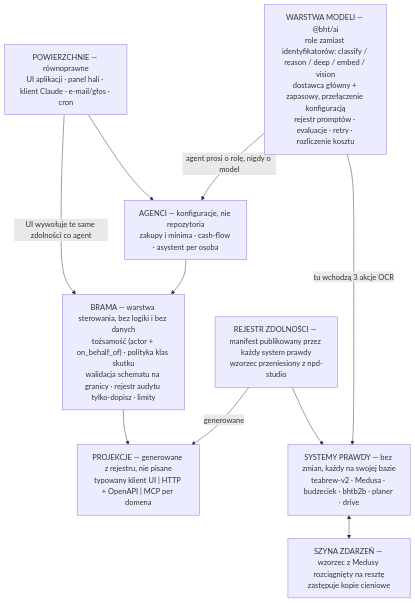
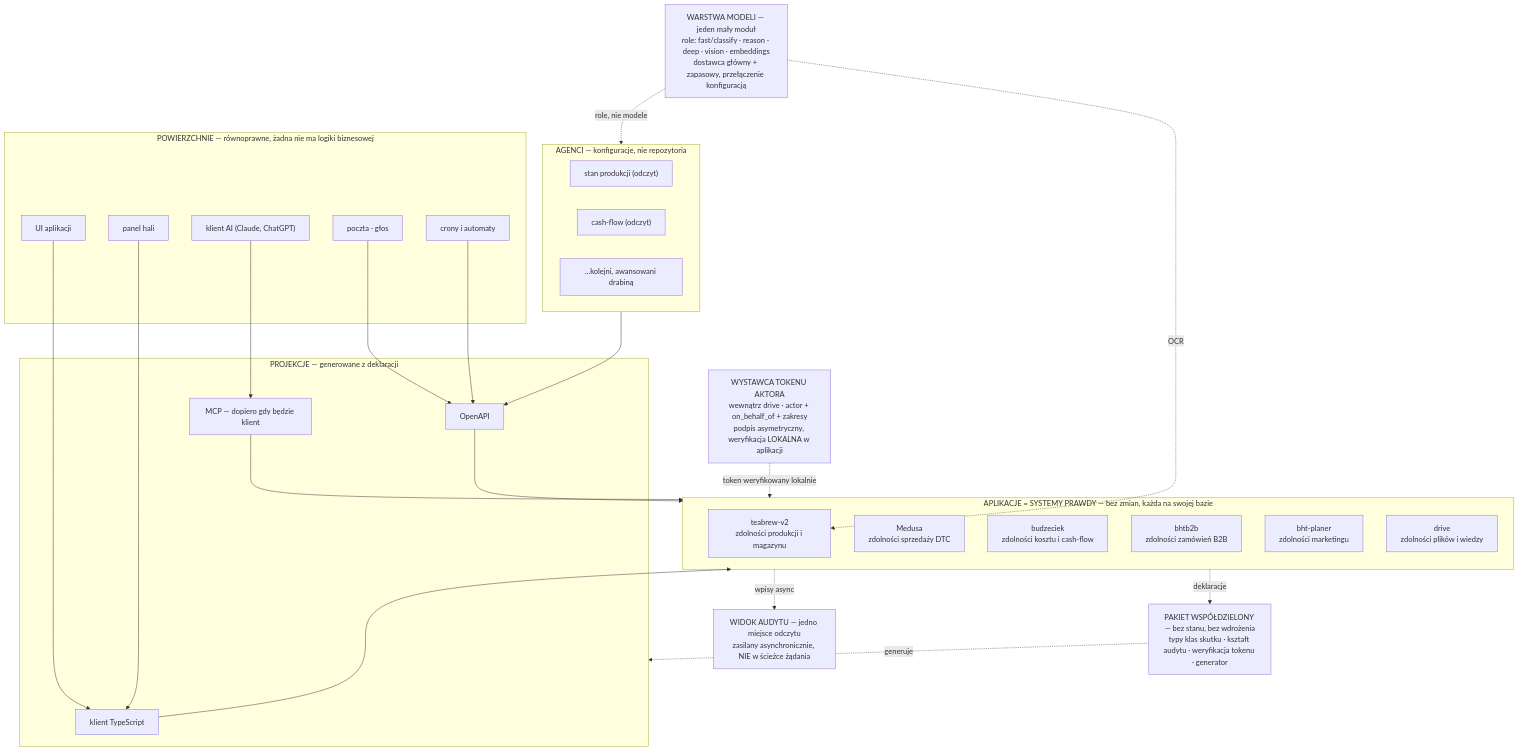
One commit to bhtea-debug/nudge-chat changed the fourth of 4 diagrams in docs/ARCHITEKTURA-AI-2026.md. Above: the diagram before and after it, drawn with Mermaid. The commit also changed other lines of this file, not shown here.

````diff
--- a/docs/ARCHITEKTURA-AI-2026.md
+++ b/docs/ARCHITEKTURA-AI-2026.md
@@ -303,21 +446,53 @@
 ```mermaid
 graph TB
-    S["POWIERZCHNIE — równoprawne<br/>UI aplikacji · panel hali · klient Claude · e-mail/głos · cron"]
-    AG["AGENCI — konfiguracje, nie repozytoria<br/>zakupy i minima · cash-flow · asystent per osoba"]
-    GW["BRAMA — warstwa sterowania, bez logiki i bez danych<br/>tożsamość (actor + on_behalf_of) · polityka klas skutku<br/>walidacja schematu na granicy · rejestr audytu tylko-dopisz · limity"]
-    PR["PROJEKCJE — generowane z rejestru, nie pisane<br/>typowany klient UI | HTTP + OpenAPI | MCP per domena"]
-    REG["REJESTR ZDOLNOŚCI — manifest publikowany przez każdy system prawdy<br/>wzorzec przeniesiony z npd-studio"]
-    SOR["SYSTEMY PRAWDY — bez zmian, każdy na swojej bazie<br/>teabrew-v2 · Medusa · budzeciek · bhtb2b · planer · drive"]
-    BUS["SZYNA ZDARZEŃ — wzorzec z Medusy rozciągnięty na resztę<br/>zastępuje kopie cieniowe"]
-    AI["WARSTWA MODELI — @bht/ai<br/>role zamiast identyfikatorów: classify / reason / deep / embed / vision<br/>dostawca główny + zapasowy, przełączenie konfiguracją<br/>rejestr promptów · evaluacje · retry · rozliczenie kosztu"]
+    subgraph pow["POWIERZCHNIE — równoprawne, żadna nie ma logiki biznesowej"]
+        UI["UI aplikacji"]
+        HALA["panel hali"]
+        CLI["klient AI (Claude, ChatGPT)"]
+        MAILS["poczta · głos"]
+        CRON["crony i automaty"]
+    end
 
-    S --> AG
-    S -->|"UI wywołuje te same zdolności co agent"| GW
-    AG --> GW
-    GW --> PR
-    REG -->|generowane| PR
-    REG --> SOR
-    SOR <--> BUS
-    AI -->|"agent prosi o rolę, nigdy o model"| AG
-    AI -->|"tu wchodzą 3 akcje OCR"| SOR
+    subgraph agenci["AGENCI — konfiguracje, nie repozytoria"]
+        A1["stan produkcji (odczyt)"]
+        A2["cash-flow (odczyt)"]
+        A3["…kolejni, awansowani drabiną"]
+    end
+
+    GEN["PAKIET WSPÓŁDZIELONY — bez stanu, bez wdrożenia<br/>typy klas skutku · kształt audytu · weryfikacja tokenu · generator"]
+
+    subgraph proj["PROJEKCJE — generowane z deklaracji"]
+        P1["klient TypeScript"]
+        P2["OpenAPI"]
+        P3["MCP — dopiero gdy będzie klient"]
+    end
+
+    subgraph apps["APLIKACJE = SYSTEMY PRAWDY — bez zmian, każda na swojej bazie"]
+        ERP2["teabrew-v2<br/>zdolności produkcji i magazynu"]
+        SHOP2["Medusa<br/>zdolności sprzedaży DTC"]
+        BUD2["budzeciek<br/>zdolności kosztu i cash-flow"]
+        B2B2["bhtb2b<br/>zdolności zamówień B2B"]
+        PLAN2["bht-planer<br/>zdolności marketingu"]
+        DRV2["drive<br/>zdolności plików i wiedzy"]
+    end
+
+    ISS["WYSTAWCA TOKENU AKTORA<br/>wewnątrz drive · actor + on_behalf_of + zakresy<br/>podpis asymetryczny, weryfikacja LOKALNA w aplikacji"]
+    AUD["WIDOK AUDYTU — jedno miejsce odczytu<br/>zasilany asynchronicznie, NIE w ścieżce żądania"]
+    AI2["WARSTWA MODELI — jeden mały moduł<br/>role: fast/classify · reason · deep · vision · embeddings<br/>dostawca główny + zapasowy, przełączenie konfiguracją"]
+
+    UI --> P1
+    HALA --> P1
+    CLI --> P3
+    MAILS --> P2
+    CRON --> P2
+    agenci --> P2
+    P1 --> apps
+    P2 --> apps
+    P3 --> apps
+    GEN -.->|generuje| proj
+    apps -.->|deklaracje| GEN
+    ISS -.->|token weryfikowany lokalnie| apps
+    apps -.->|wpisy async| AUD
+    AI2 -.->|role, nie modele| agenci
+    AI2 -.->|OCR| ERP2
 ```
````
